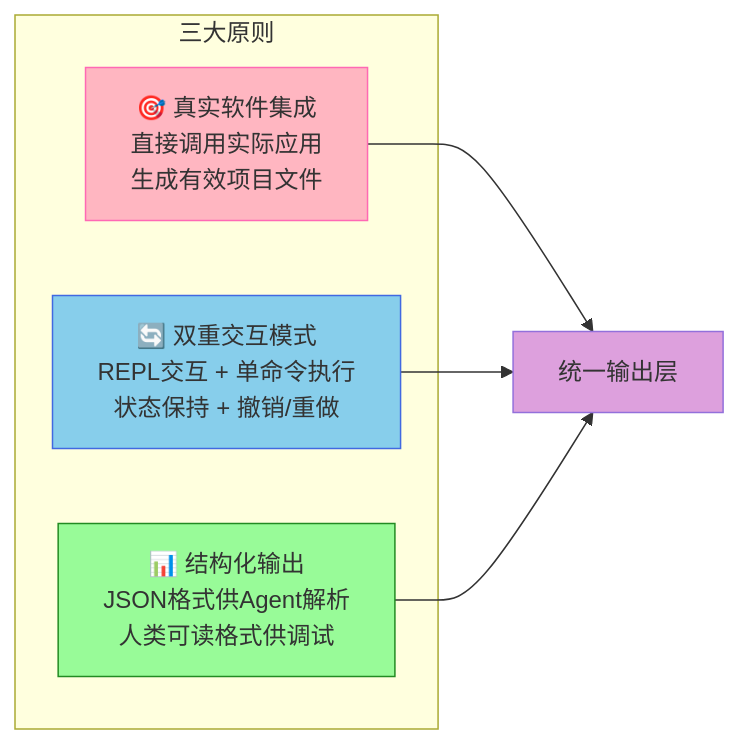
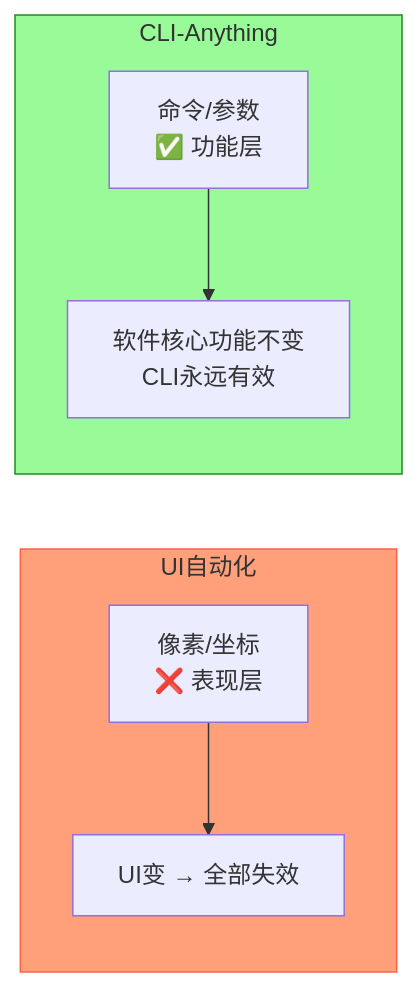
The fifth of 15 diagrams in source/_posts/2026-04-15-cli-anything-analysis.md (xuqi2024/xuqi2024.github.io), drawn with Mermaid before and after one commit. The commit also changed other lines of this file, not shown here.

Commit message:
更新: CLI-Anything深度解析 - 更深刻分析+详细未来展望

````diff
--- a/source/_posts/2026-04-15-cli-anything-analysis.md
+++ b/source/_posts/2026-04-15-cli-anything-analysis.md
@@ -175,17 +173,18 @@
 ```mermaid
 flowchart LR
-    subgraph 三大原则
-        P1["🎯 真实软件集成<br/>直接调用实际应用<br/>生成有效项目文件"]
-        P2["🔄 双重交互模式<br/>REPL交互 + 单命令执行<br/>状态保持 + 撤销/重做"]
-        P3["📊 结构化输出<br/>JSON格式供Agent解析<br/>人类可读格式供调试"]
+    subgraph UI自动化["UI自动化"]
+        PIX["像素/坐标<br/>❌ 表现层"]
+        BREAK["UI变 → 全部失效"]
     end
     
-    P1 --> O["统一输出层"]
-    P2 --> O
-    P3 --> O
+    subgraph CLI生成["CLI-Anything"]
+        CMD["命令/参数<br/>✅ 功能层"]
+        STABLE["软件核心功能不变<br/>CLI永远有效"]
+    end
     
-    style P1 fill:#FFB6C1,stroke:#FF69B4
-    style P2 fill:#87CEEB,stroke:#4169E1
-    style P3 fill:#98FB98,stroke:#228B22
-    style O fill:#DDA0DD,stroke:#9370DB
+    PIX --> BREAK
+    CMD --> STABLE
+    
+    style UI自动化 fill:#FFA07A,stroke:#FF6347
+    style CLI生成 fill:#98FB98,stroke:#228B22
 ```
````
